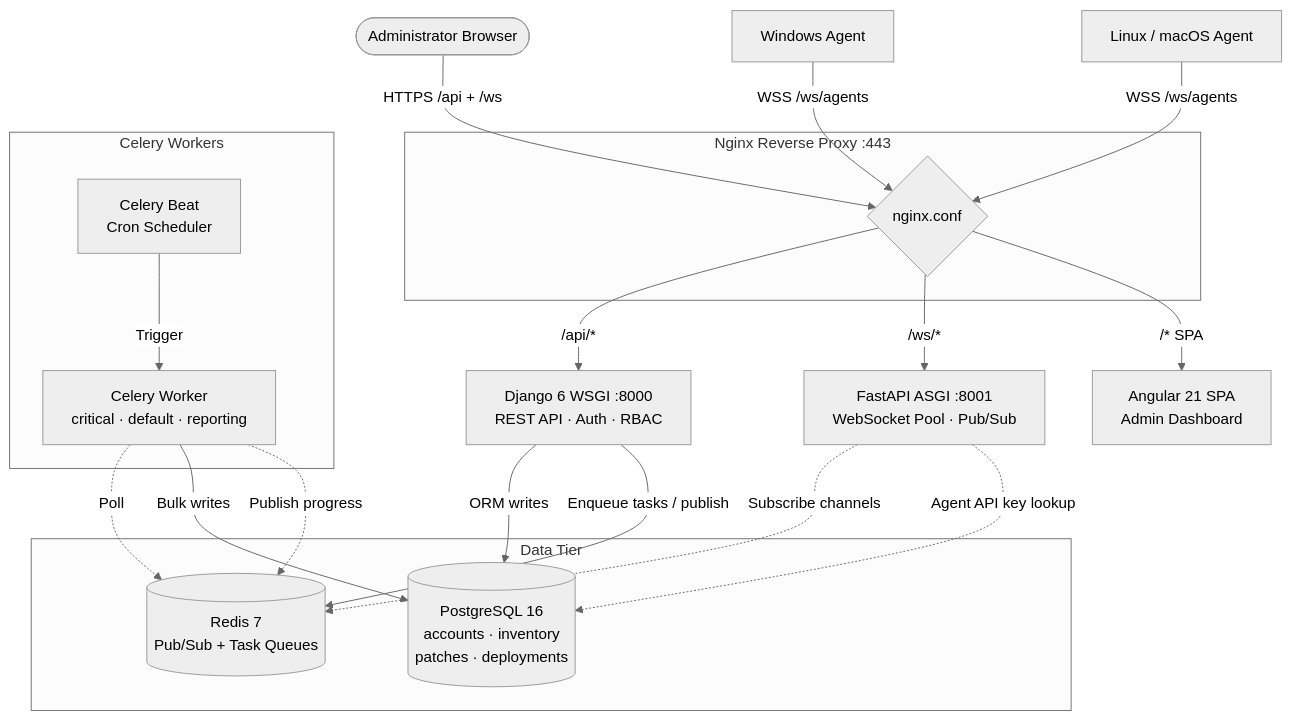
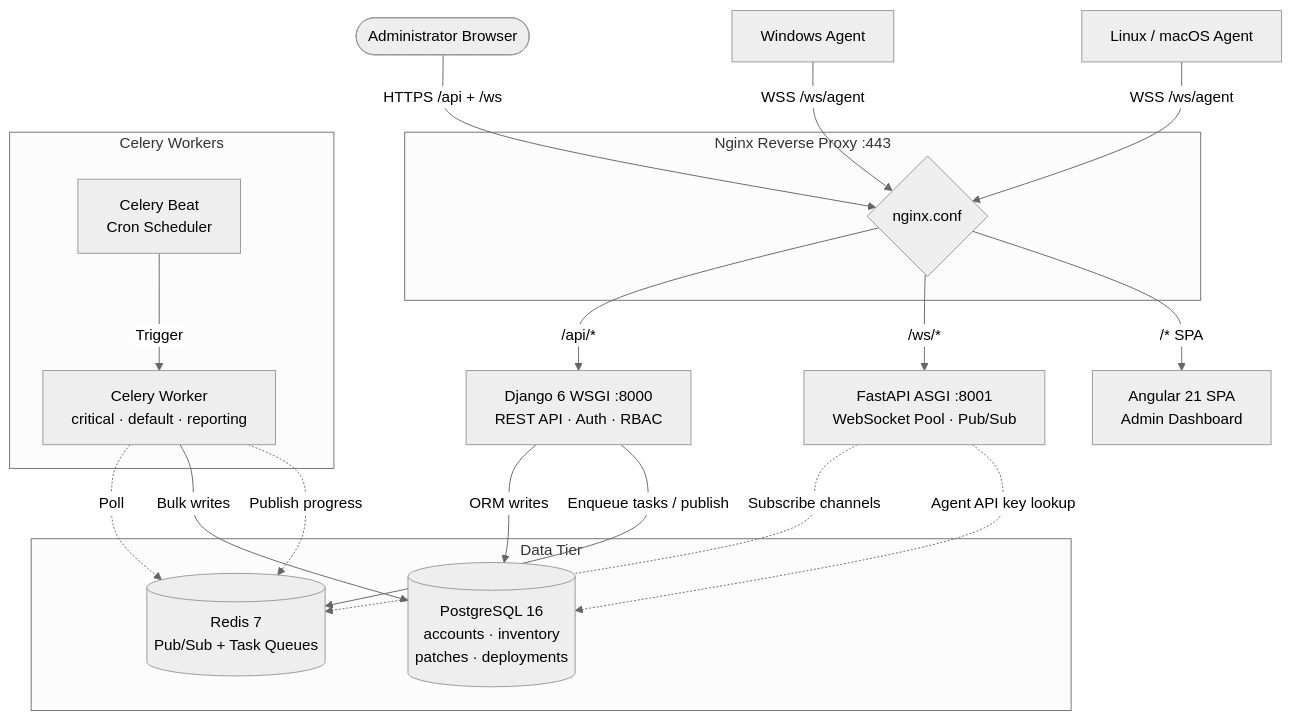
One commit to bhanuCodeforge/PatchGaurd changed the diagram in README.md. Above: the diagram before and after it, drawn with Mermaid (neutral theme). The commit also changed other lines of this file and 28 other files, not shown here.

````diff
--- a/README.md
+++ b/README.md
@@ -101,34 +118,34 @@
 ```mermaid
 graph TD
     Admin([Administrator Browser]) -->|HTTPS /api + /ws| Nginx
-    AgentW[Windows Agent] -->|WSS /ws/agents| Nginx
-    AgentL[Linux / macOS Agent] -->|WSS /ws/agents| Nginx
+    AgentW[Windows Agent] -->|WSS /ws/agent| Nginx
+    AgentL[Linux / macOS Agent] -->|WSS /ws/agent| Nginx
 
     subgraph Proxy["Nginx Reverse Proxy :443"]
         Nginx{nginx.conf}
     end
 
     Nginx -->|/api/*| Django["Django 6 WSGI :8000\nREST API · Auth · RBAC"]
     Nginx -->|/ws/*| FastAPI["FastAPI ASGI :8001\nWebSocket Pool · Pub/Sub"]
     Nginx -->|/* SPA| Angular["Angular 21 SPA\nAdmin Dashboard"]
 
     subgraph DataTier["Data Tier"]
         Postgres[(PostgreSQL 16\naccounts · inventory\npatches · deployments)]
         Redis[(Redis 7\nPub/Sub + Task Queues)]
     end
 
     Django -->|ORM writes| Postgres
     Django -->|Enqueue tasks / publish| Redis
     FastAPI -.->|Subscribe channels| Redis
     FastAPI -.->|Agent API key lookup| Postgres
 
     subgraph Workers["Celery Workers"]
         Beat[Celery Beat\nCron Scheduler]
         Worker[Celery Worker\ncritical · default · reporting]
     end
 
     Beat -->|Trigger| Worker
     Worker -.->|Poll| Redis
     Worker -->|Bulk writes| Postgres
     Worker -.->|Publish progress| Redis
 ```
````
